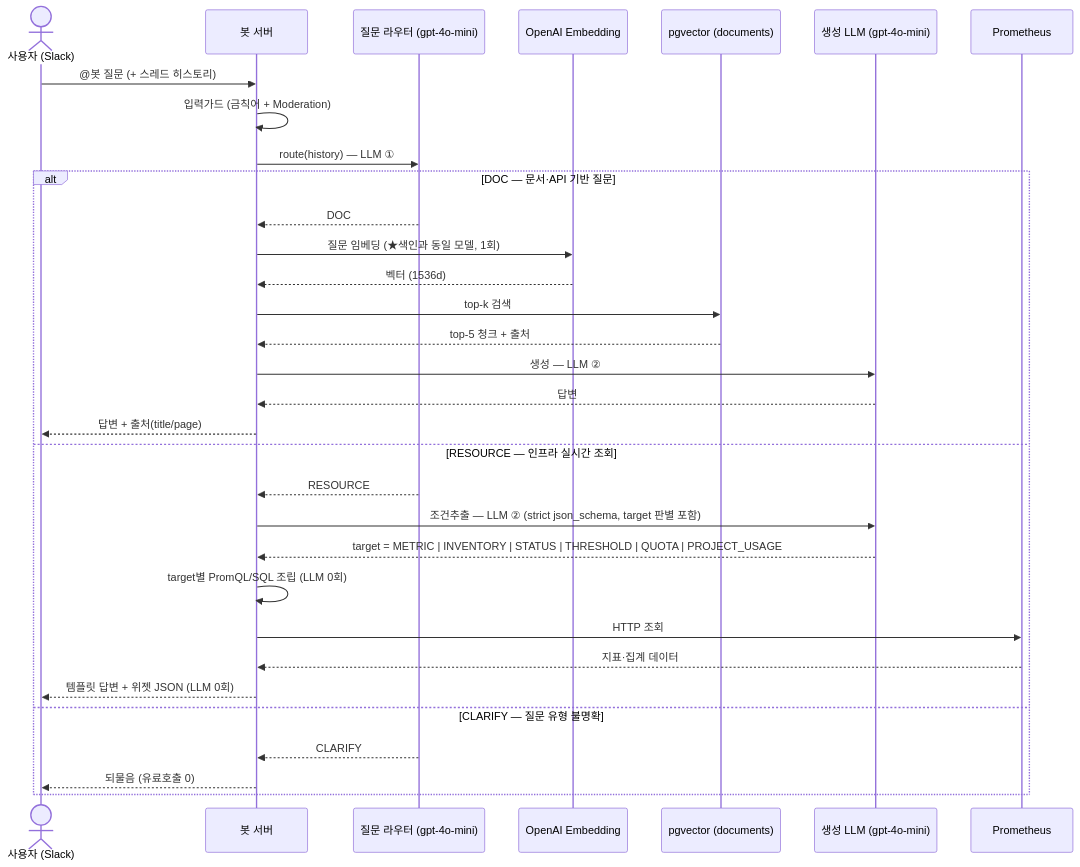
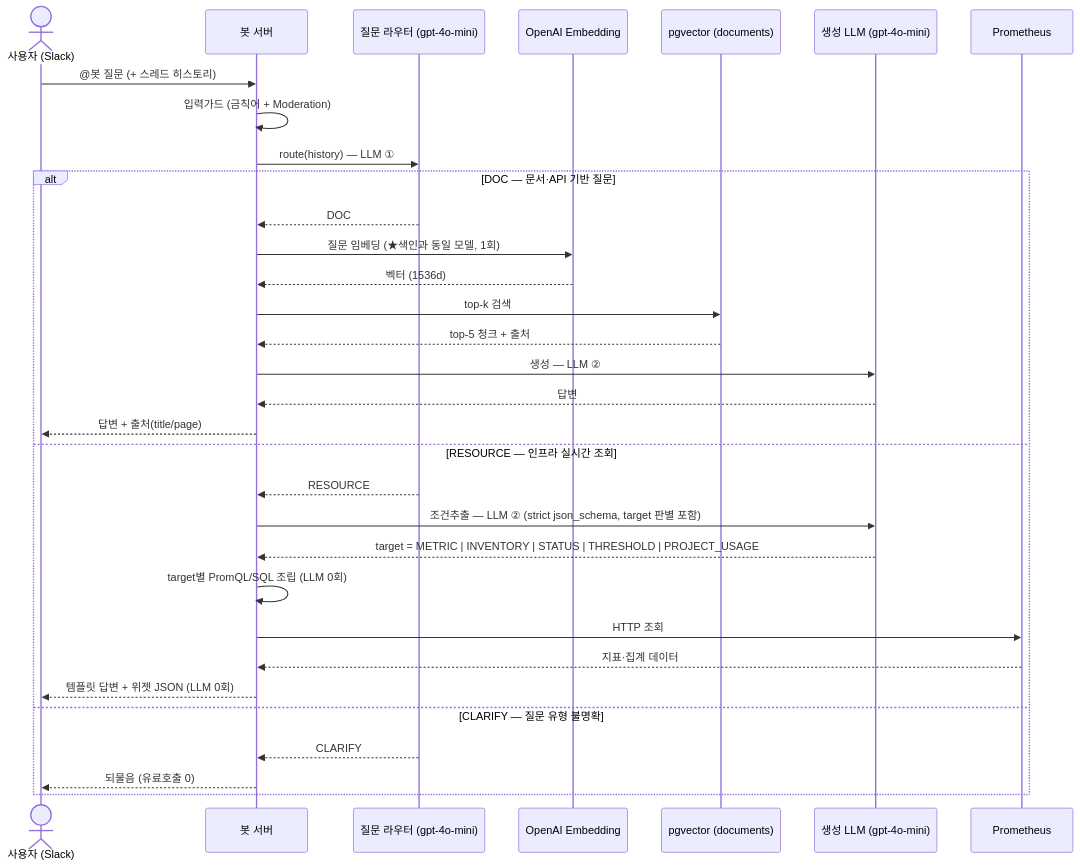
One commit to ddongjunn/contrabass-rag changed the diagram in README.md. Above: the diagram before and after it, drawn with Mermaid. The commit also changed other lines of this file and 3 other files, not shown here.

````diff
--- a/README.md
+++ b/README.md
@@ -23,36 +23,36 @@
 ```mermaid
 sequenceDiagram
     actor U as 사용자 (Slack)
     participant B as 봇 서버
     participant R as 질문 라우터 (gpt-4o-mini)
     participant E as OpenAI Embedding
     participant D as pgvector (documents)
     participant L as 생성 LLM (gpt-4o-mini)
     participant P as Prometheus
 
     U->>B: @봇 질문 (+ 스레드 히스토리)
     B->>B: 입력가드 (금칙어 + Moderation)
     B->>R: route(history) — LLM ①
 
     alt DOC — 문서·API 기반 질문
         R-->>B: DOC
         B->>E: 질문 임베딩 (★색인과 동일 모델, 1회)
         E-->>B: 벡터 (1536d)
         B->>D: top-k 검색
         D-->>B: top-5 청크 + 출처
         B->>L: 생성 — LLM ②
         L-->>B: 답변
         B-->>U: 답변 + 출처(title/page)
     else RESOURCE — 인프라 실시간 조회
         R-->>B: RESOURCE
         B->>L: 조건추출 — LLM ② (strict json_schema, target 판별 포함)
-        L-->>B: target = METRIC | INVENTORY | STATUS | THRESHOLD | QUOTA | PROJECT_USAGE
+        L-->>B: target = METRIC | INVENTORY | STATUS | THRESHOLD | PROJECT_USAGE
         B->>B: target별 PromQL/SQL 조립 (LLM 0회)
         B->>P: HTTP 조회
         P-->>B: 지표·집계 데이터
         B-->>U: 템플릿 답변 + 위젯 JSON (LLM 0회)
     else CLARIFY — 질문 유형 불명확
         R-->>B: CLARIFY
         B-->>U: 되물음 (유료호출 0)
     end
 ```
````
